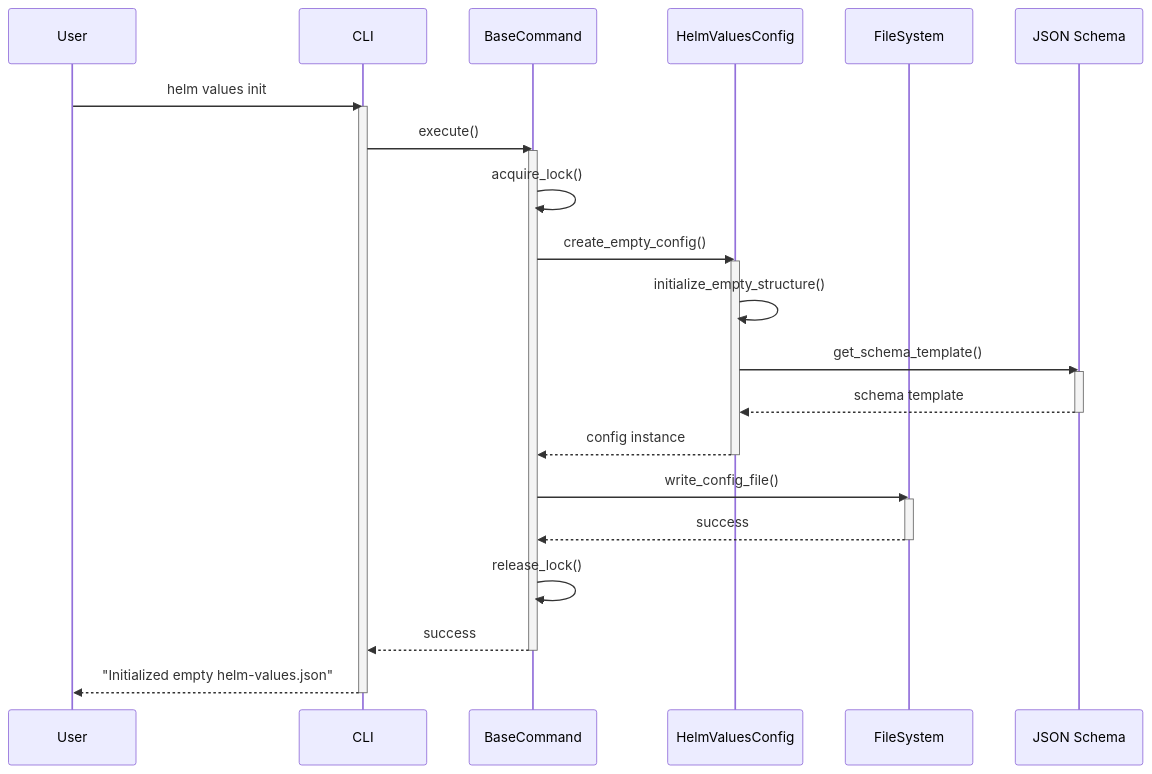
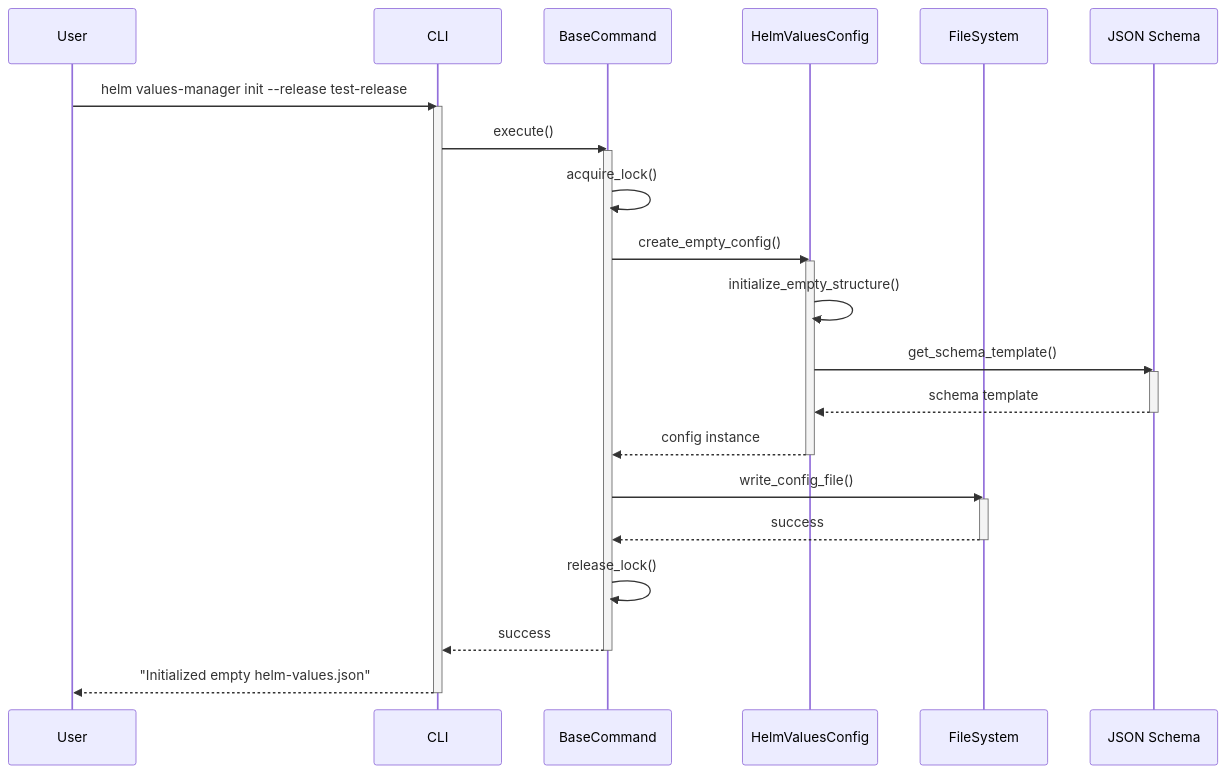
One commit to Zipstack/helm-values-manager changed the first of 14 diagrams in docs/Design/sequence-diagrams.md. Above: the diagram before and after it, drawn with Mermaid. The commit also changed other lines of this file, not shown here.

First line of the commit message:
docs: update sequence diagrams with correct command flags

````diff
--- a/docs/Design/sequence-diagrams.md
+++ b/docs/Design/sequence-diagrams.md
@@ -5,39 +5,39 @@
 ```mermaid
 sequenceDiagram
     participant User
     participant CLI
     participant BaseCommand
     participant HelmValuesConfig
     participant FileSystem
 
-    User->>CLI: helm values init
+    User->>CLI: helm values-manager init --release test-release
     activate CLI
 
     CLI->>BaseCommand: execute()
     activate BaseCommand
 
     BaseCommand->>BaseCommand: acquire_lock()
     BaseCommand->>HelmValuesConfig: create_empty_config()
     activate HelmValuesConfig
 
     HelmValuesConfig->>HelmValuesConfig: initialize_empty_structure()
     HelmValuesConfig->>JSON Schema: get_schema_template()
     activate JSON Schema
     JSON Schema-->>HelmValuesConfig: schema template
     deactivate JSON Schema
 
     HelmValuesConfig-->>BaseCommand: config instance
     deactivate HelmValuesConfig
 
     BaseCommand->>FileSystem: write_config_file()
     activate FileSystem
     FileSystem-->>BaseCommand: success
     deactivate FileSystem
 
     BaseCommand->>BaseCommand: release_lock()
     BaseCommand-->>CLI: success
     deactivate BaseCommand
 
     CLI-->>User: "Initialized empty helm-values.json"
     deactivate CLI
 ```
````
